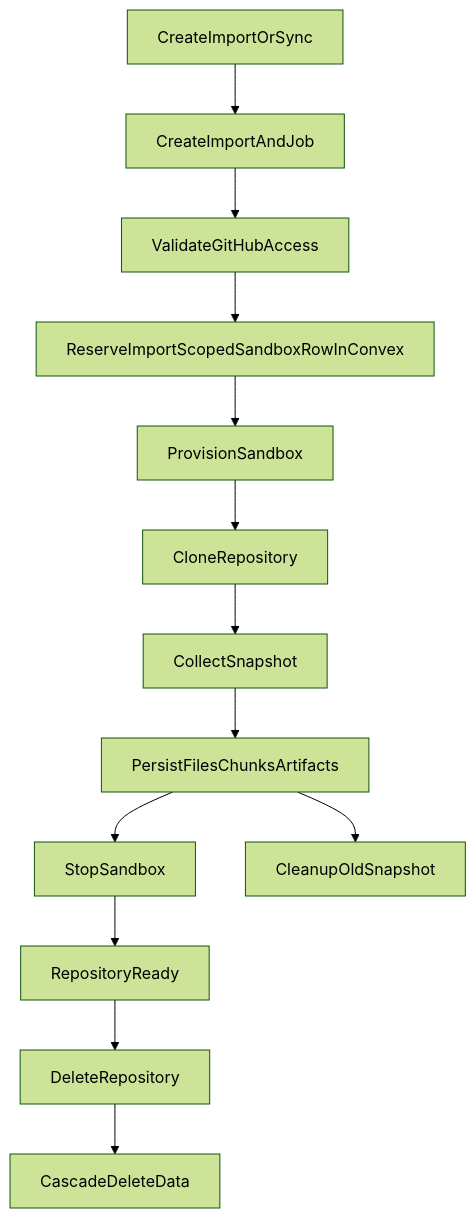
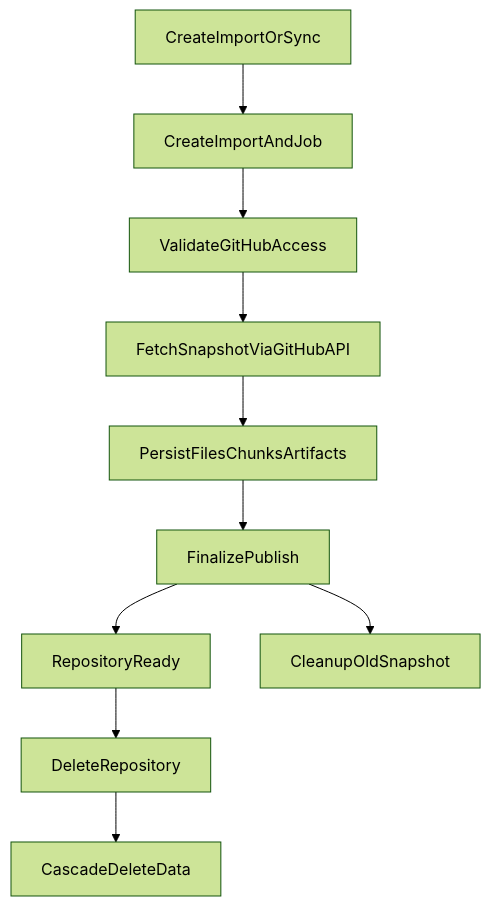
The diagram in docs/repository-lifecycle.md (EricTsai83/systify), drawn with Mermaid (forest theme) before and after one commit. The commit also changed other lines of this file and 24 other files, not shown here.

First line of the commit message:
Lazy-load sandboxes, import repository snapshots via GitHub API

````diff
--- a/docs/repository-lifecycle.md
+++ b/docs/repository-lifecycle.md
@@ -9,29 +9,23 @@
 ```mermaid
 flowchart TD
   Request[CreateImportOrSync]
   Queue[CreateImportAndJob]
   Validate[ValidateGitHubAccess]
-  Reserve[ReserveImportScopedSandboxRowInConvex]
-  Provision[ProvisionSandbox]
-  Clone[CloneRepository]
-  Snapshot[CollectSnapshot]
+  Fetch[FetchSnapshotViaGitHubAPI]
   Persist[PersistFilesChunksArtifacts]
-  Stop[StopSandbox]
+  Finalize[FinalizePublish]
   Ready[RepositoryReady]
   Cleanup[CleanupOldSnapshot]
   Delete[DeleteRepository]
   Cascade[CascadeDeleteData]
 
   Request --> Queue
   Queue --> Validate
-  Validate --> Reserve
-  Reserve --> Provision
-  Provision --> Clone
-  Clone --> Snapshot
-  Snapshot --> Persist
-  Persist --> Stop
-  Stop --> Ready
-  Persist --> Cleanup
+  Validate --> Fetch
+  Fetch --> Persist
+  Persist --> Finalize
+  Finalize --> Ready
+  Finalize --> Cleanup
   Ready --> Delete
   Delete --> Cascade
 ```
````
